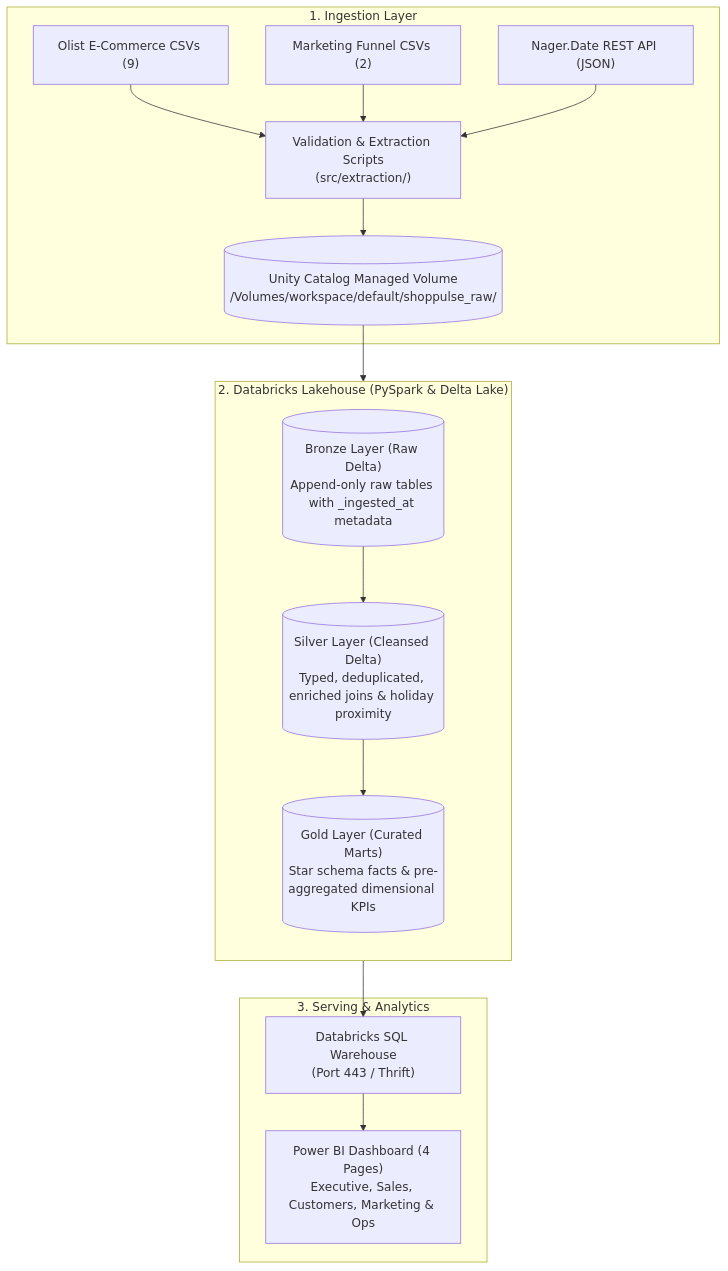
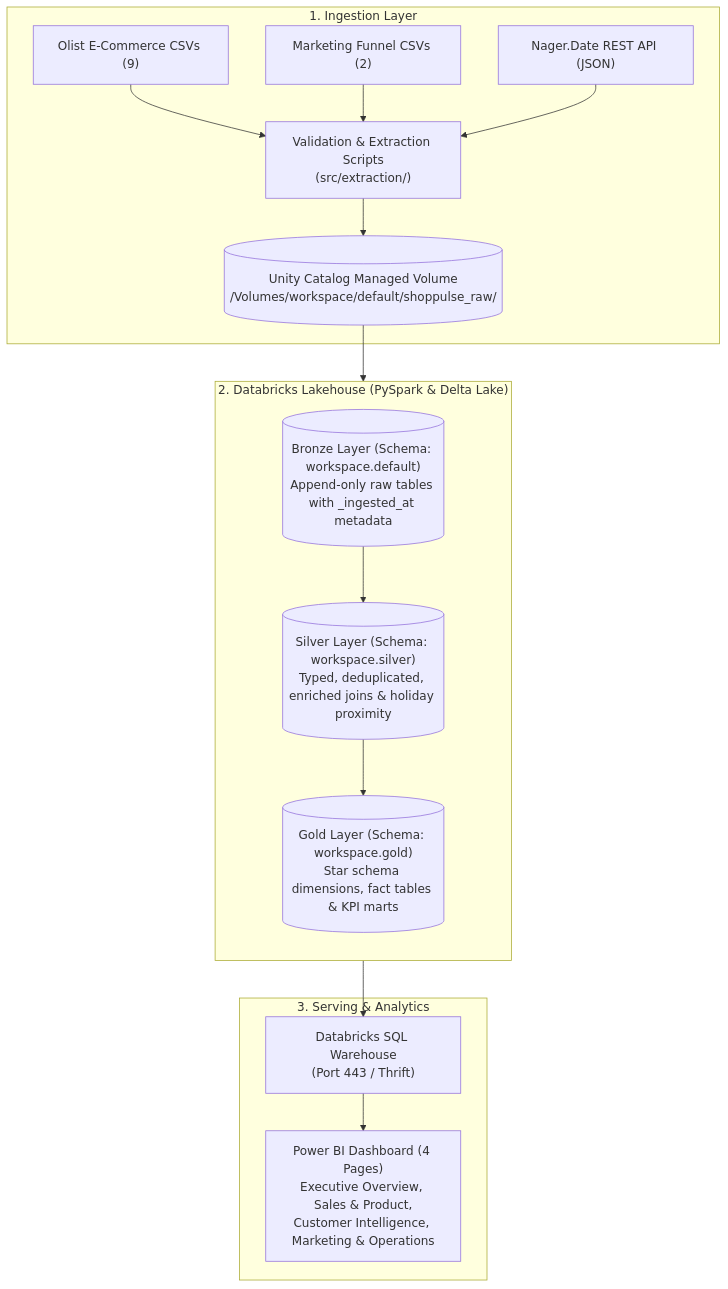
Before and after one commit to pratyush-max/ShopPulse-Olist-Ecommerce-Intelligence: the diagram in README.md, drawn with Mermaid. The commit also changed other lines of this file and 6 other files, not shown here.

````diff
--- a/README.md
+++ b/README.md
@@ -88,31 +89,31 @@
 ```mermaid
 flowchart TB
     subgraph Ingestion["1. Ingestion Layer"]
         K1["Olist E-Commerce CSVs (9)"]
         K2["Marketing Funnel CSVs (2)"]
         API["Nager.Date REST API (JSON)"]
         VAL["Validation & Extraction Scripts\n(src/extraction/)"]
         UC[("Unity Catalog Managed Volume\n/Volumes/workspace/default/shoppulse_raw/")]
         K1 --> VAL
         K2 --> VAL
         API --> VAL
         VAL --> UC
     end
 
     subgraph Medallion["2. Databricks Lakehouse (PySpark & Delta Lake)"]
         direction TB
-        B[("Bronze Layer (Raw Delta)\nAppend-only raw tables with _ingested_at metadata")]
-        S[("Silver Layer (Cleansed Delta)\nTyped, deduplicated, enriched joins & holiday proximity")]
-        G[("Gold Layer (Curated Marts)\nStar schema facts & pre-aggregated dimensional KPIs")]
+        B[("Bronze Layer (Schema: workspace.default)\nAppend-only raw tables with _ingested_at metadata")]
+        S[("Silver Layer (Schema: workspace.silver)\nTyped, deduplicated, enriched joins & holiday proximity")]
+        G[("Gold Layer (Schema: workspace.gold)\nStar schema dimensions, fact tables & KPI marts")]
         UC --> B
         B --> S
         S --> G
     end
 
     subgraph BI["3. Serving & Analytics"]
         DWH["Databricks SQL Warehouse\n(Port 443 / Thrift)"]
-        PBI["Power BI Dashboard (4 Pages)\nExecutive, Sales, Customers, Marketing & Ops"]
+        PBI["Power BI Dashboard (4 Pages)\nExecutive Overview, Sales & Product,\nCustomer Intelligence, Marketing & Operations"]
         G --> DWH
         DWH --> PBI
     end
 ```
````
